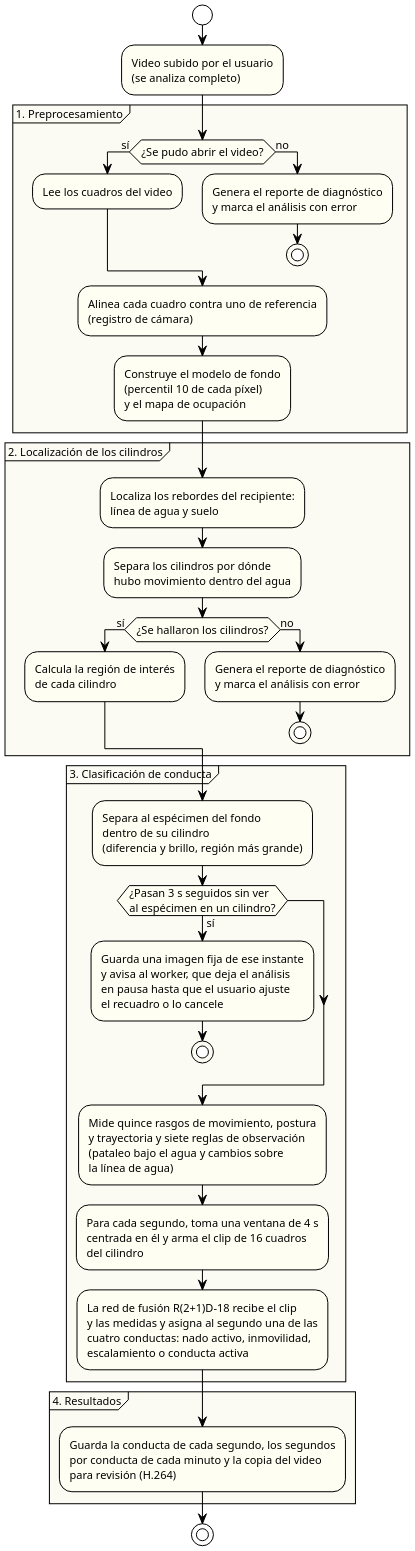
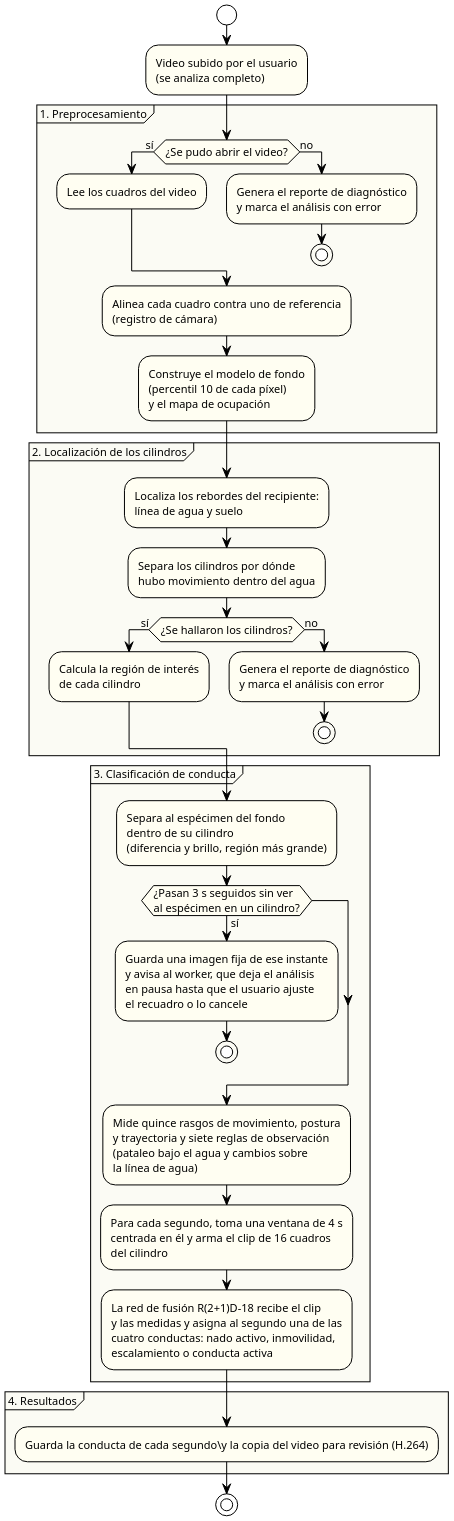
The diagram in diagramas/pipeline.puml (ErickJester/fst-ai-system-latex), drawn with PlantUML before and after one commit. The commit also changed 33 other files, not shown here.

```diff
--- a/diagramas/pipeline.puml
+++ b/diagramas/pipeline.puml
@@ -1,76 +1,76 @@
 @startuml pipeline
 ' ================================================================
 '  Pipeline de analisis conductual — FST
 '  TT 2026-B066 | ESCOM-IPN
 ' ----------------------------------------------------------------
 '  Reemplaza a figures/mermaid/pipeline.png (Mermaid sin fuente en
 '  el repo), que mostraba cinco modulos con YOLOv8 + ByteTrack y
 '  ResNet-18/50 con respaldo por geometria. Se rehace desde el texto
 '  vigente del cap. 5 (Modulos 1-4) y el etiquetador real (fst_auto):
 '
 '  - Sin modulo de seguimiento (CLA-02, 5-oct): un especimen por
 '    cilindro, asi que no hay tracker. Las etapas son las de D-16
 '    revisado: preprocesamiento, cilindros, clasificacion.
 '  - Clasificacion (D-66): la red de fusion R(2+1)D-18 es el clasificador:
 '    recibe el clip de 16 cuadros de una ventana de 4 s y una rama de
 '    medidas (15 rasgos y 7 reglas); entrega solo la conducta de cada
 '    segundo, una de cuatro (D-78, D-94): sin probabilidades ni regla
 '    de confianza. El gradient boosting es
 '    el etiquetador del equipo y aporta los 15 rasgos.
 '  - Preprocesamiento segun fst_auto (CLA-04, 5-oct): sin correccion
 '    de contraste; fondo por percentil 10, no por mediana.
 '
 '  Generar:
 '      java -jar plantuml.jar -tpng diagramas/pipeline.puml
 ' ================================================================
 
 !theme plain
 skinparam defaultFontName Arial
 skinparam defaultFontSize 11
 skinparam shadowing false
 skinparam dpi 200
 skinparam ActivityBackgroundColor #FFFEF2
 skinparam PartitionBackgroundColor #FBFBF4
 
 start
 :Video subido por el usuario\n(se analiza completo);
 
 partition "1. Preprocesamiento" {
   if (¿Se pudo abrir el video?) then (sí)
     :Lee los cuadros del video;
   else (no)
     :Genera el reporte de diagnóstico\ny marca el análisis con error;
     stop
   endif
   :Alinea cada cuadro contra uno de referencia\n(registro de cámara);
   :Construye el modelo de fondo\n(percentil 10 de cada píxel)\ny el mapa de ocupación;
 }
 
 partition "2. Localización de los cilindros" {
   :Localiza los rebordes del recipiente:\nlínea de agua y suelo;
   :Separa los cilindros por dónde\nhubo movimiento dentro del agua;
   if (¿Se hallaron los cilindros?) then (sí)
     :Calcula la región de interés\nde cada cilindro;
   else (no)
     :Genera el reporte de diagnóstico\ny marca el análisis con error;
     stop
   endif
 }
 
 partition "3. Clasificación de conducta" {
   :Separa al espécimen del fondo\ndentro de su cilindro\n(diferencia y brillo, región más grande);
   if (¿Pasan 3 s seguidos sin ver\nal espécimen en un cilindro?) then (sí)
     :Guarda una imagen fija de ese instante\ny avisa al worker, que deja el análisis\nen pausa hasta que el usuario ajuste\nel recuadro o lo cancele;
     stop
   endif
   :Mide quince rasgos de movimiento, postura\ny trayectoria y siete reglas de observación\n(pataleo bajo el agua y cambios sobre\nla línea de agua);
   :Para cada segundo, toma una ventana de 4 s\ncentrada en él y arma el clip de 16 cuadros\ndel cilindro;
   :La red de fusión R(2+1)D-18 recibe el clip\ny las medidas y asigna al segundo una de las\ncuatro conductas: nado activo, inmovilidad,\nescalamiento o conducta activa;
 }
 
 partition "4. Resultados" {
-  :Guarda la conducta de cada segundo, los segundos\npor conducta de cada minuto y la copia del video\npara revisión (H.264);
+  :Guarda la conducta de cada segundo\y la copia del video para revisión (H.264);
 }
 stop
 
 @enduml
```
